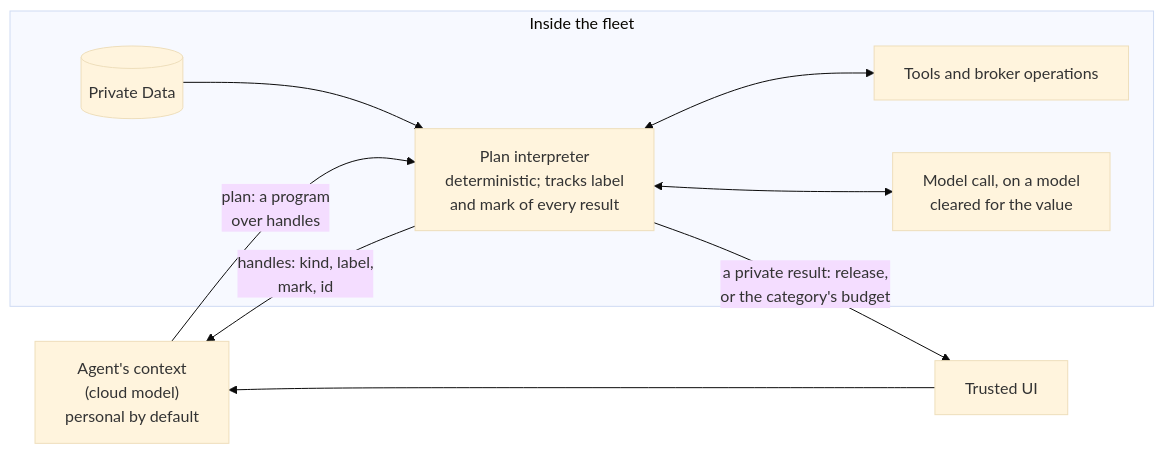
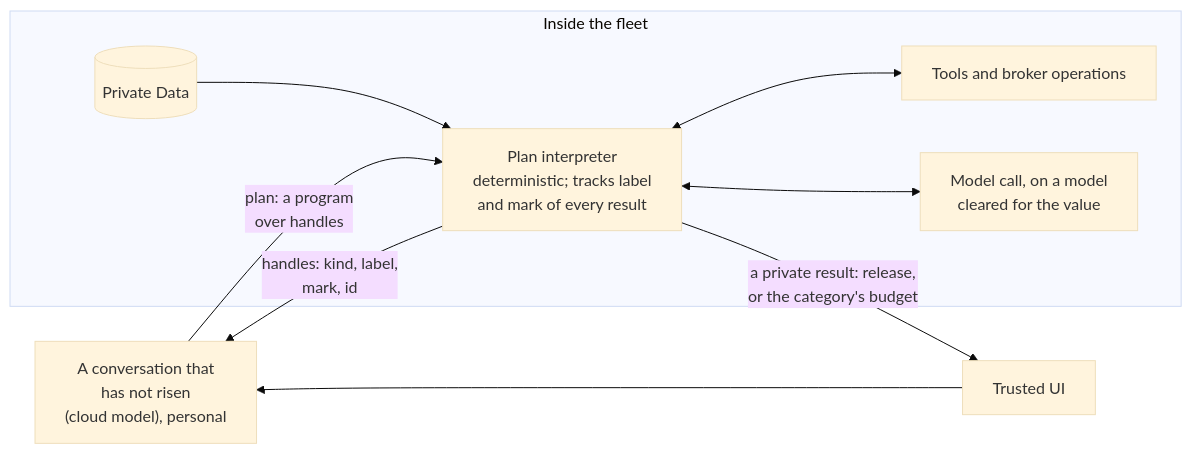
One commit to crowbaros/crowbaros changed the sixth of 7 diagrams in docs/architecture/capability-model.md. Above: the diagram before and after it, drawn with Mermaid (base theme). The commit also changed other lines of this file and 4 other files, not shown here.

````diff
--- a/docs/architecture/capability-model.md
+++ b/docs/architecture/capability-model.md
@@ -654,16 +802,16 @@
 ```mermaid
 flowchart LR
-    AG["Agent's context<br/>(cloud model)<br/>personal by default"] -->|"plan: a program<br/>over handles"| IN
+    AG["A conversation that<br/>has not risen<br/>(cloud model), personal"] -->|"plan: a program<br/>over handles"| IN
     subgraph FLEET["Inside the fleet"]
         IN["Plan interpreter<br/>deterministic; tracks label<br/>and mark of every result"]
         D[("Private Data")]
         T["Tools and broker operations"]
         M["Model call, on a model<br/>cleared for the value"]
         D --> IN
         IN <--> T
         IN <--> M
     end
     IN -->|"handles: kind, label,<br/>mark, id"| AG
     IN -->|"a private result: release,<br/>or the category's budget"| R["Trusted UI"]
     R --> AG
 ```
````
